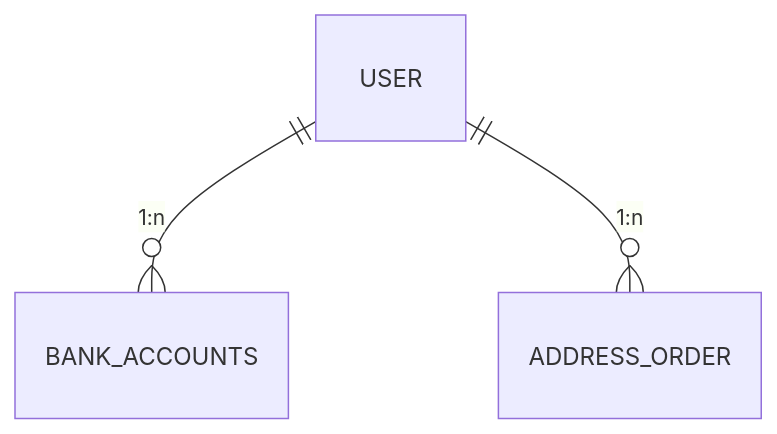
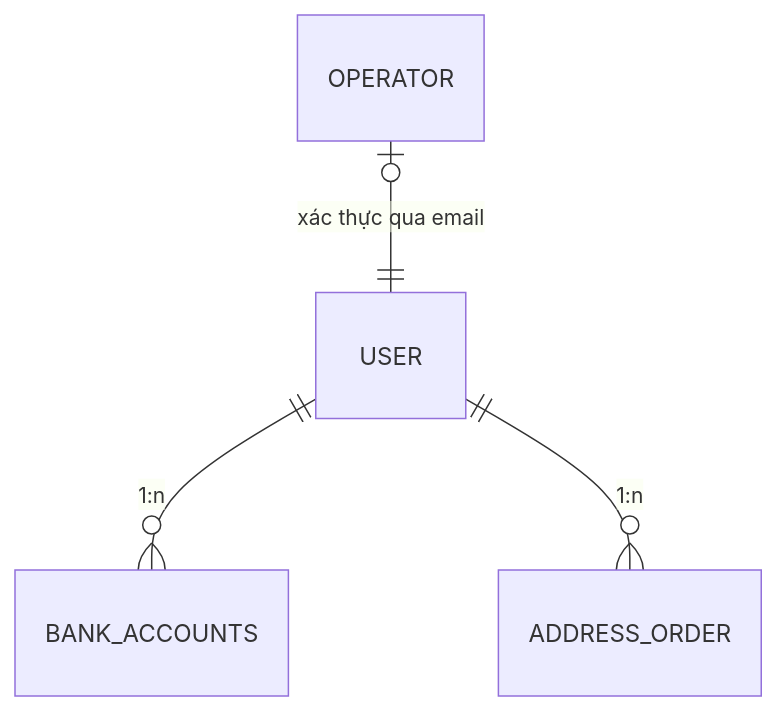
One commit to tranvanlong1999/nest-store-document changed the diagram in docs/00-giai-phap-cong-nghe/02-tai-lieu-ky-thuat/04-thiet-ke-database/03-quan-ly-nguoi-dung.md. Above: the diagram before and after it, drawn with Mermaid. The commit also changed other lines of this file and 22 other files, not shown here.

````diff
--- a/docs/00-giai-phap-cong-nghe/02-tai-lieu-ky-thuat/04-thiet-ke-database/03-quan-ly-nguoi-dung.md
+++ b/docs/00-giai-phap-cong-nghe/02-tai-lieu-ky-thuat/04-thiet-ke-database/03-quan-ly-nguoi-dung.md
@@ -12,5 +12,6 @@
 ```mermaid
 erDiagram
     USER ||--o{ BANK_ACCOUNTS : "1:n"
     USER ||--o{ ADDRESS_ORDER : "1:n"
+    OPERATOR |o--|| USER : "xác thực qua email"
 ```
````
